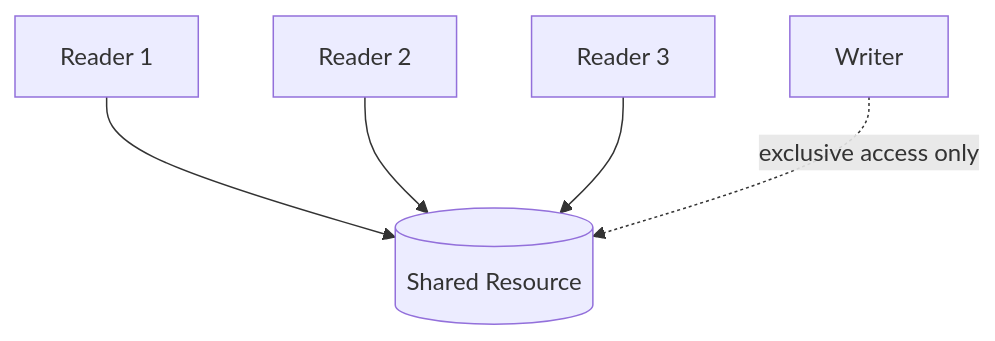
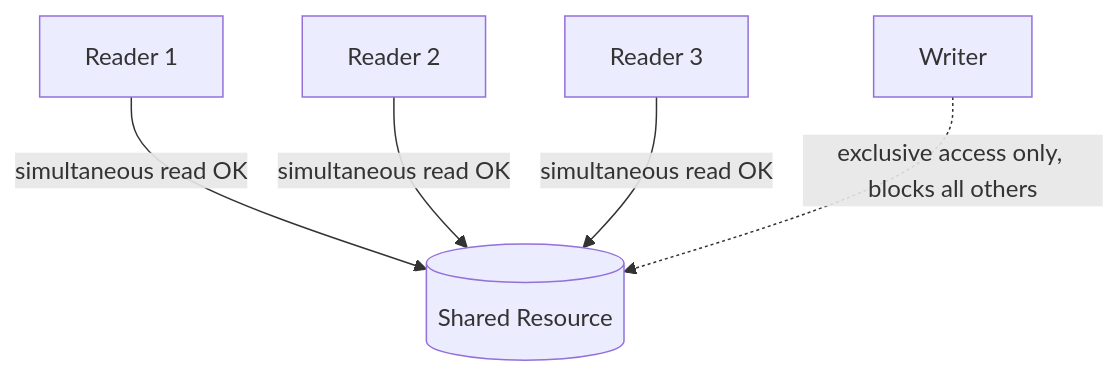
One commit to lakshyasingh-1/Operating-Systems changed diagram 13 of 16 in 03-process-synchronization/README.md. Above: the diagram before and after it, drawn with Mermaid. The commit also changed other lines of this file, not shown here.

````diff
--- a/03-process-synchronization/README.md
+++ b/03-process-synchronization/README.md
@@ -158,7 +295,7 @@
 ```mermaid
 graph TD
-    R1[Reader 1] --> Res[(Shared Resource)]
-    R2[Reader 2] --> Res
-    R3[Reader 3] --> Res
-    W[Writer] -.exclusive access only.-> Res
+    R1[Reader 1] -->|simultaneous read OK| Res[(Shared Resource)]
+    R2[Reader 2] -->|simultaneous read OK| Res
+    R3[Reader 3] -->|simultaneous read OK| Res
+    W[Writer] -.exclusive access only, blocks all others.-> Res
 ```
````
